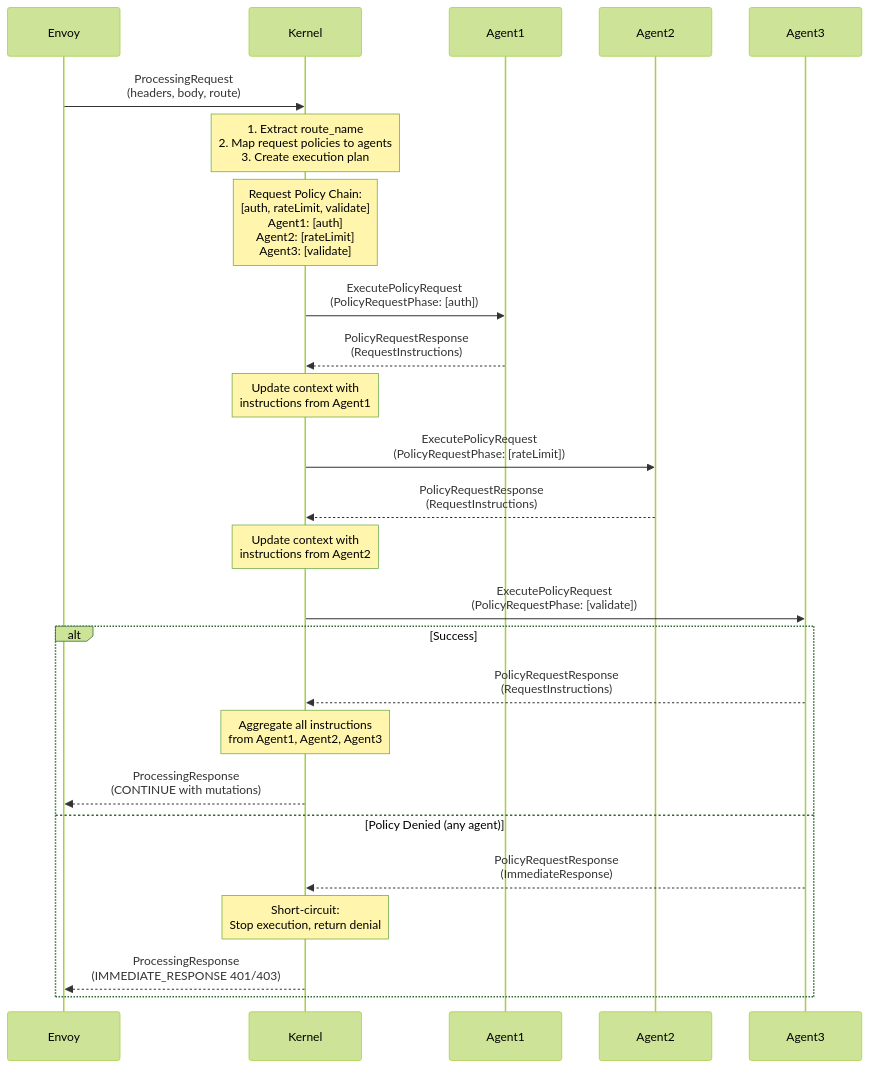
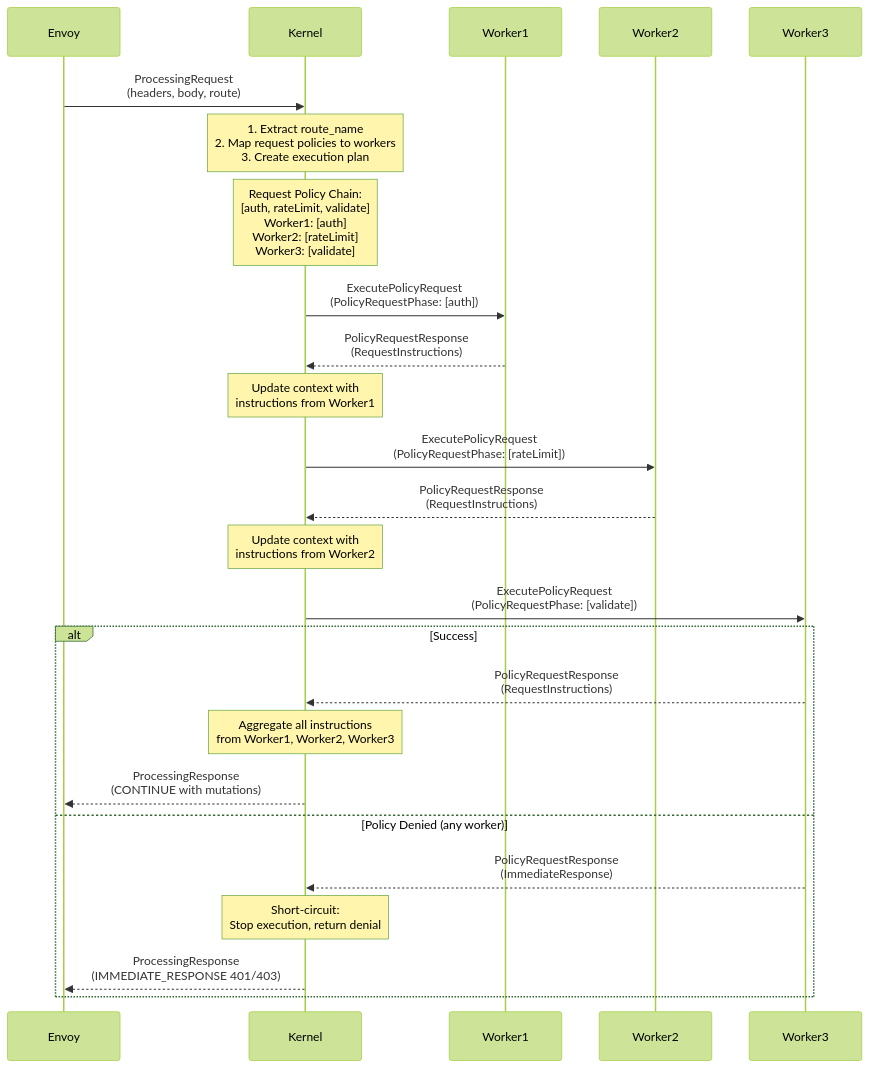
Before and after one commit to renuka-fernando/envoy-policy-engine: the sixth of 7 diagrams in policy-kernel/SPEC.md, drawn with Mermaid (forest theme). The commit also changed other lines of this file and 5 other files, not shown here.

Commit message:
Rename agent to worker

````diff
--- a/policy-kernel/SPEC.md
+++ b/policy-kernel/SPEC.md
@@ -1335,36 +1335,36 @@
 ```mermaid
 sequenceDiagram
     participant Envoy
     participant Kernel
-    participant Agent1
-    participant Agent2
-    participant Agent3
+    participant Worker1
+    participant Worker2
+    participant Worker3
 
     Envoy->>Kernel: ProcessingRequest<br/>(headers, body, route)
 
-    Note over Kernel: 1. Extract route_name<br/>2. Map request policies to agents<br/>3. Create execution plan
+    Note over Kernel: 1. Extract route_name<br/>2. Map request policies to workers<br/>3. Create execution plan
 
-    Note over Kernel: Request Policy Chain:<br/>[auth, rateLimit, validate]<br/>Agent1: [auth]<br/>Agent2: [rateLimit]<br/>Agent3: [validate]
+    Note over Kernel: Request Policy Chain:<br/>[auth, rateLimit, validate]<br/>Worker1: [auth]<br/>Worker2: [rateLimit]<br/>Worker3: [validate]
 
-    Kernel->>Agent1: ExecutePolicyRequest<br/>(PolicyRequestPhase: [auth])
-    Agent1-->>Kernel: PolicyRequestResponse<br/>(RequestInstructions)
+    Kernel->>Worker1: ExecutePolicyRequest<br/>(PolicyRequestPhase: [auth])
+    Worker1-->>Kernel: PolicyRequestResponse<br/>(RequestInstructions)
 
-    Note over Kernel: Update context with<br/>instructions from Agent1
+    Note over Kernel: Update context with<br/>instructions from Worker1
 
-    Kernel->>Agent2: ExecutePolicyRequest<br/>(PolicyRequestPhase: [rateLimit])
-    Agent2-->>Kernel: PolicyRequestResponse<br/>(RequestInstructions)
+    Kernel->>Worker2: ExecutePolicyRequest<br/>(PolicyRequestPhase: [rateLimit])
+    Worker2-->>Kernel: PolicyRequestResponse<br/>(RequestInstructions)
 
-    Note over Kernel: Update context with<br/>instructions from Agent2
+    Note over Kernel: Update context with<br/>instructions from Worker2
 
-    Kernel->>Agent3: ExecutePolicyRequest<br/>(PolicyRequestPhase: [validate])
+    Kernel->>Worker3: ExecutePolicyRequest<br/>(PolicyRequestPhase: [validate])
 
     alt Success
-        Agent3-->>Kernel: PolicyRequestResponse<br/>(RequestInstructions)
-        Note over Kernel: Aggregate all instructions<br/>from Agent1, Agent2, Agent3
+        Worker3-->>Kernel: PolicyRequestResponse<br/>(RequestInstructions)
+        Note over Kernel: Aggregate all instructions<br/>from Worker1, Worker2, Worker3
         Kernel-->>Envoy: ProcessingResponse<br/>(CONTINUE with mutations)
-    else Policy Denied (any agent)
-        Agent3-->>Kernel: PolicyRequestResponse<br/>(ImmediateResponse)
+    else Policy Denied (any worker)
+        Worker3-->>Kernel: PolicyRequestResponse<br/>(ImmediateResponse)
         Note over Kernel: Short-circuit:<br/>Stop execution, return denial
         Kernel-->>Envoy: ProcessingResponse<br/>(IMMEDIATE_RESPONSE 401/403)
     end
 ```
````
